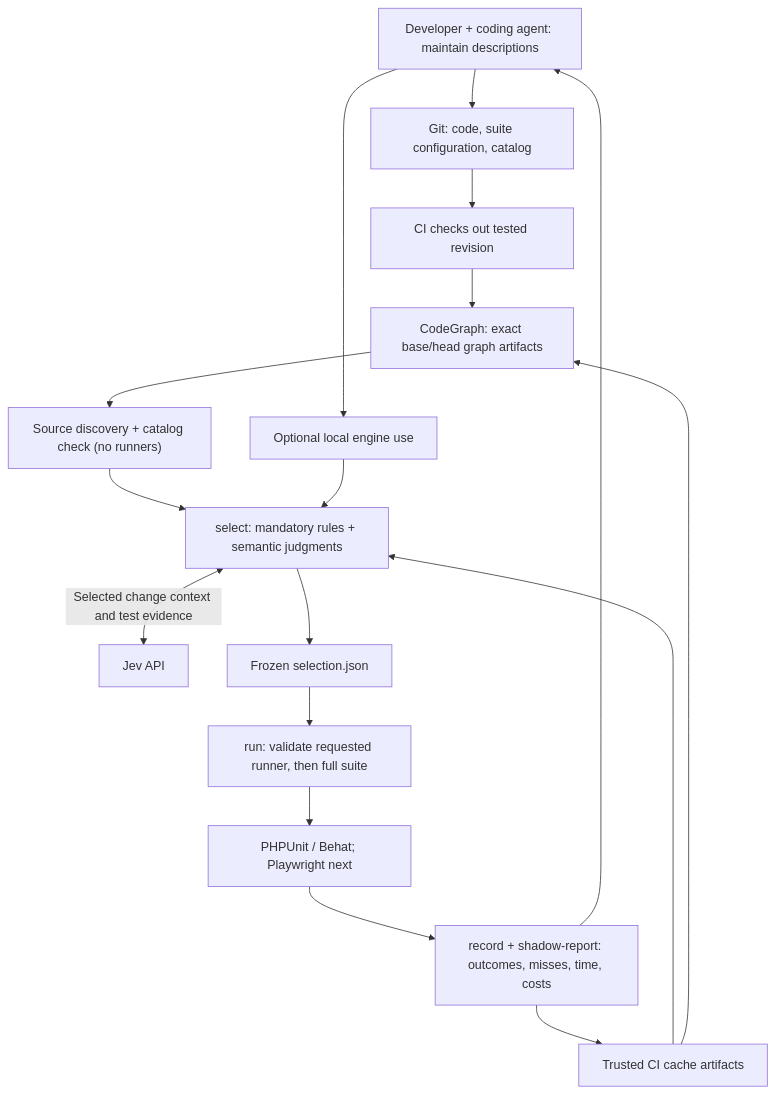
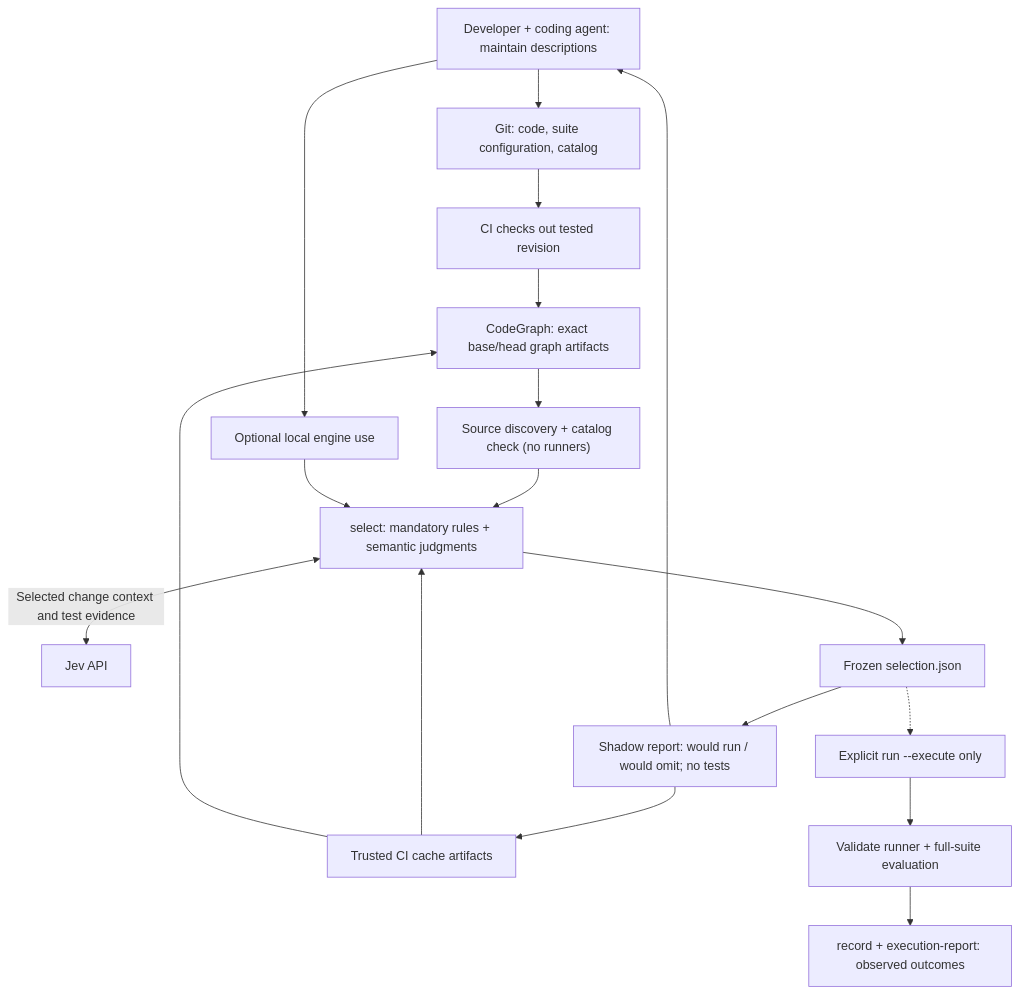
One commit to ronaldtebrake/faultline changed the diagram in PLAN.md. Above: the diagram before and after it, drawn with Mermaid. The commit also changed other lines of this file and 12 other files, not shown here.

Commit message:
Make shadow mode report-only and track PR proposals

````diff
--- a/PLAN.md
+++ b/PLAN.md
@@ -13,19 +13,20 @@
 ```mermaid
 flowchart TD
     DEV["Developer + coding agent: maintain descriptions"] --> GIT["Git: code, suite configuration, catalog"]
     GIT --> CI["CI checks out tested revision"]
     CI --> GRAPH["CodeGraph: exact base/head graph artifacts"]
     GRAPH --> DISC["Source discovery + catalog check (no runners)"]
     DEV --> LOCAL["Optional local engine use"]
     DISC --> SELECT["select: mandatory rules + semantic judgments"]
     LOCAL --> SELECT
     SELECT <-->|"Selected change context and test evidence"| JEV["Jev API"]
     STORE["Trusted CI cache artifacts"] --> SELECT
     STORE --> GRAPH
     SELECT --> FROZEN["Frozen selection.json"]
-    FROZEN --> RUN["run: validate requested runner, then full suite"]
-    RUN --> RUNNERS["PHPUnit / Behat; Playwright next"]
-    RUNNERS --> REPORT["record + shadow-report: outcomes, misses, time, costs"]
+    FROZEN --> REPORT["Shadow report: would run / would omit; no tests"]
+    FROZEN -.-> RUN["Explicit run --execute only"]
+    RUN --> RUNNERS["Validate runner + full-suite evaluation"]
+    RUNNERS --> OBSERVED["record + execution-report: observed outcomes"]
     REPORT --> STORE
     REPORT --> DEV
 ```
````
